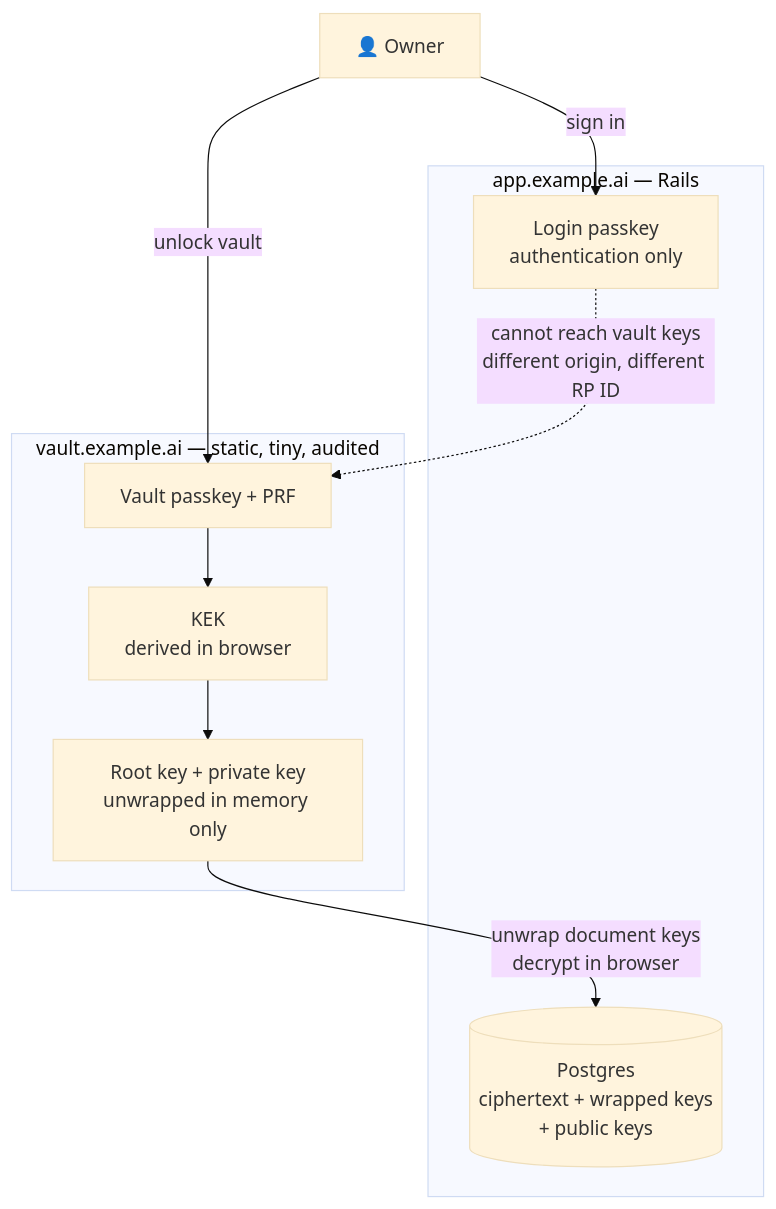
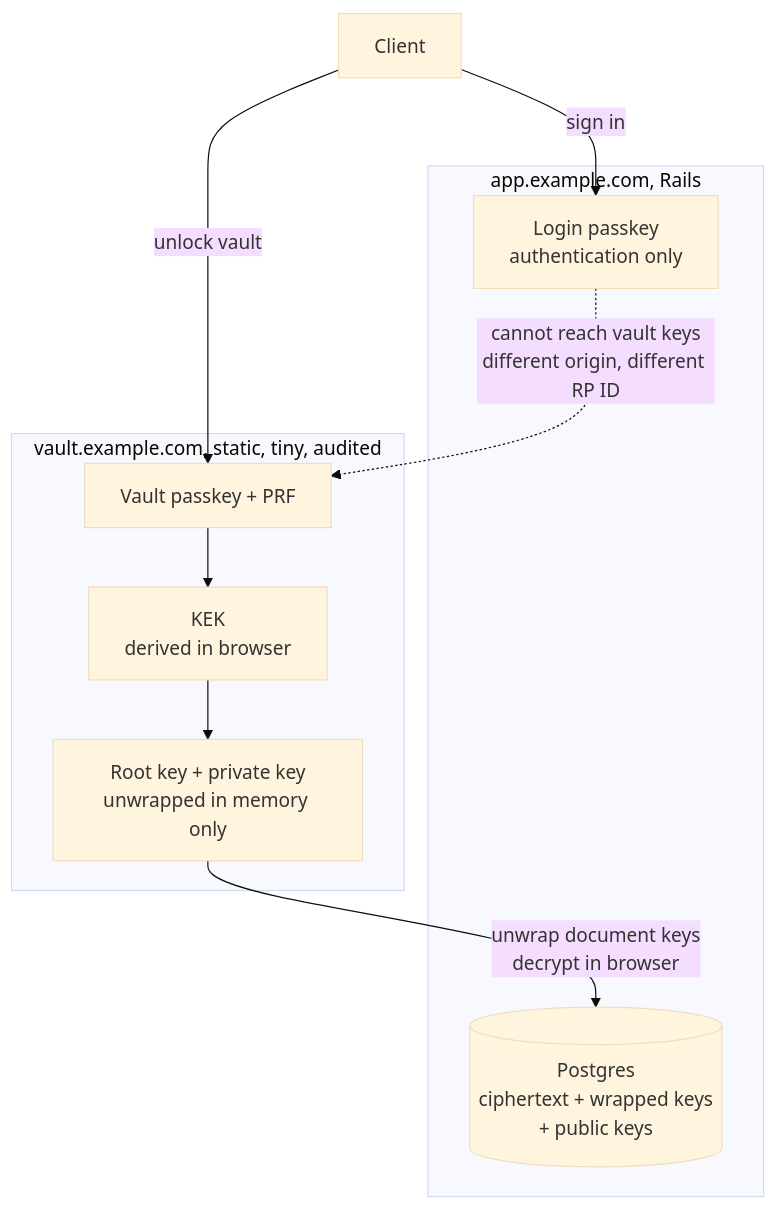
The sixth of 16 diagrams in src/content/blog/2026-11-12--sharing-encrypted-documents-without-trusting-your-server.md (kigster/kigre-astro), drawn with Mermaid (base theme) before and after one commit. The commit also changed other lines of this file and 4 other files, not shown here.

````diff
--- a/src/content/blog/2026-11-12--sharing-encrypted-documents-without-trusting-your-server.md
+++ b/src/content/blog/2026-11-12--sharing-encrypted-documents-without-trusting-your-server.md
@@ -240,19 +292,19 @@
 ```mermaid
 flowchart TD
-    U["👤 Owner"]
-    subgraph APP["app.example.ai — Rails"]
+    U["Client"]
+    subgraph APP["app.example.com, Rails"]
         LP["Login passkey<br/>authentication only"]
         DB[("Postgres<br/>ciphertext + wrapped keys<br/>+ public keys")]
     end
-    subgraph VAULT["vault.example.ai — static, tiny, audited"]
+    subgraph VAULT["vault.example.com, static, tiny, audited"]
         VP["Vault passkey + PRF"]
         KEK["KEK<br/>derived in browser"]
         PRIV["Root key + private key<br/>unwrapped in memory only"]
         VP --> KEK --> PRIV
     end
 
     U -->|"sign in"| LP
     U -->|"unlock vault"| VP
     PRIV -->|"unwrap document keys<br/>decrypt in browser"| DB
     LP -.->|"cannot reach vault keys<br/>different origin, different RP ID"| VP
 ```
````
